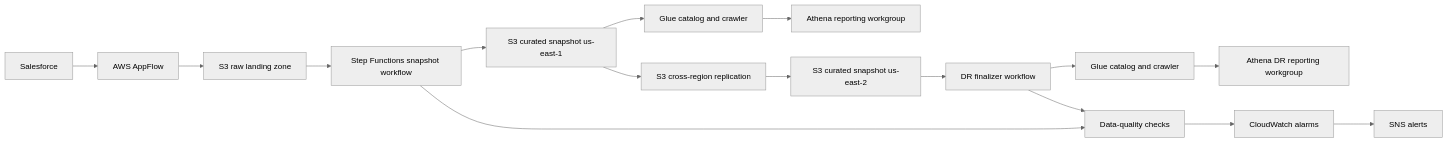
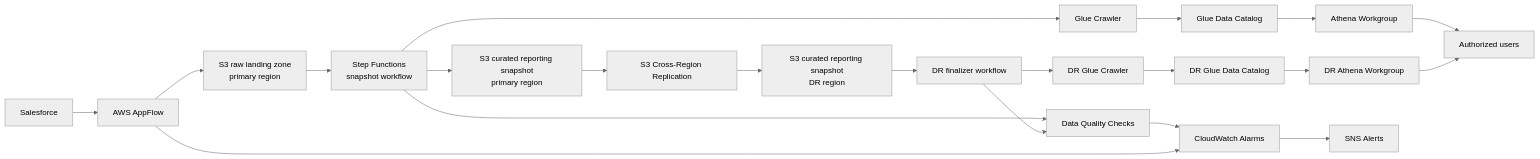
One commit to aemotyka/aemotyka.github.io changed the diagram in docs/case-studies/crm-dr.md. Above: the diagram before and after it, drawn with Mermaid (neutral theme). The commit also changed other lines of this file and 3 other files, not shown here.

````diff
--- a/docs/case-studies/crm-dr.md
+++ b/docs/case-studies/crm-dr.md
@@ -26,20 +60,29 @@
 ```mermaid
 flowchart LR
     SF[Salesforce] --> AF[AWS AppFlow]
-    AF --> RAW[S3 raw landing zone]
-    RAW --> SFN[Step Functions snapshot workflow]
-    SFN --> CURATED_E1[S3 curated snapshot us-east-1]
-    CURATED_E1 --> GLUE_E1[Glue catalog and crawler]
-    GLUE_E1 --> ATHENA_E1[Athena reporting workgroup]
 
-    CURATED_E1 --> REPL[S3 cross-region replication]
-    REPL --> CURATED_E2[S3 curated snapshot us-east-2]
-    CURATED_E2 --> DR_FINAL[DR finalizer workflow]
-    DR_FINAL --> GLUE_E2[Glue catalog and crawler]
-    GLUE_E2 --> ATHENA_E2[Athena DR reporting workgroup]
+    AF --> RAW[S3 raw landing zone<br/>primary region]
 
-    SFN --> DQ[Data-quality checks]
-    DR_FINAL --> DQ
-    DQ --> CW[CloudWatch alarms]
-    CW --> SNS[SNS alerts]
+    RAW --> SFN[Step Functions<br/>snapshot workflow]
+    SFN --> CURATED[S3 curated reporting snapshot<br/>primary region]
+    SFN --> GLUE[Glue Crawler]
+    GLUE --> CATALOG[Glue Data Catalog]
+    CATALOG --> ATHENA[Athena Workgroup]
+
+    CURATED --> REPL[S3 Cross-Region Replication]
+    REPL --> DRCURATED[S3 curated reporting snapshot<br/>DR region]
+
+    DRCURATED --> DRSFN[DR finalizer workflow]
+    DRSFN --> DRGLUE[DR Glue Crawler]
+    DRGLUE --> DRCATALOG[DR Glue Data Catalog]
+    DRCATALOG --> DRATHENA[DR Athena Workgroup]
+
+    SFN --> DQ[Data Quality Checks]
+    DRSFN --> DQ
+    DQ --> CW[CloudWatch Alarms]
+    AF --> CW
+    CW --> SNS[SNS Alerts]
+
+    ATHENA --> USERS[Authorized users]
+    DRATHENA --> USERS
 ```
````
